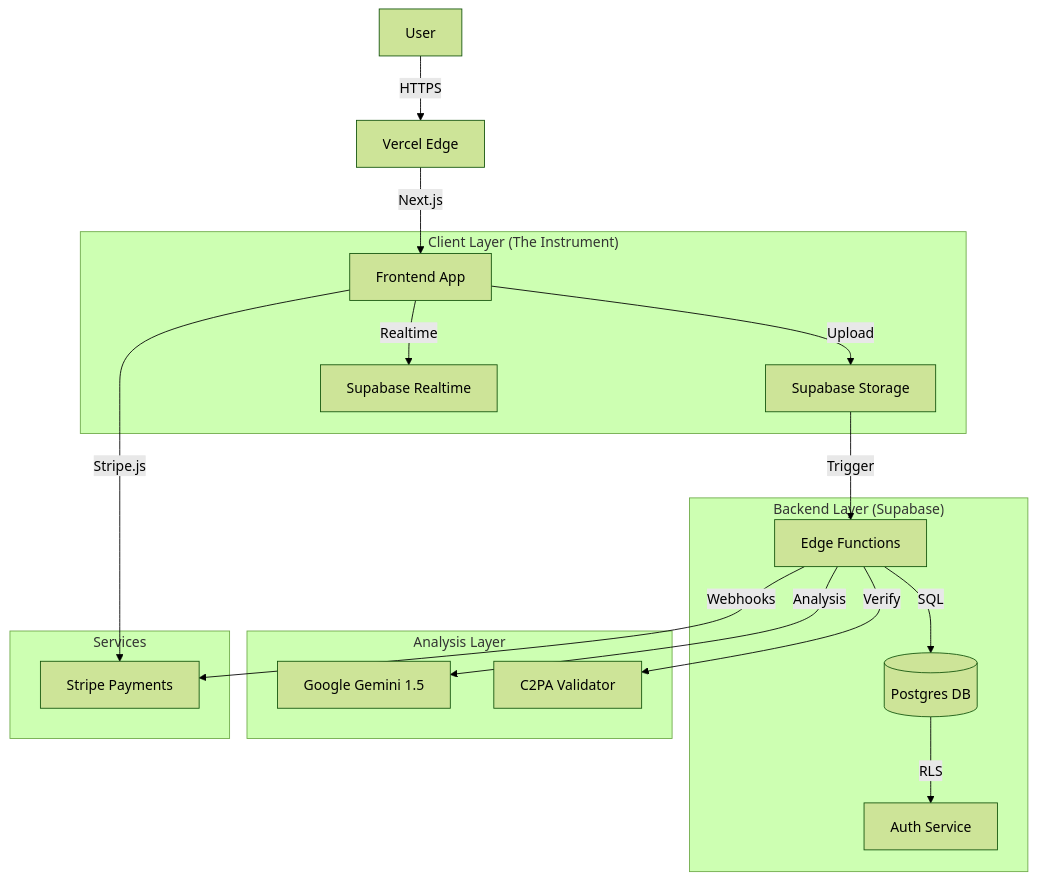
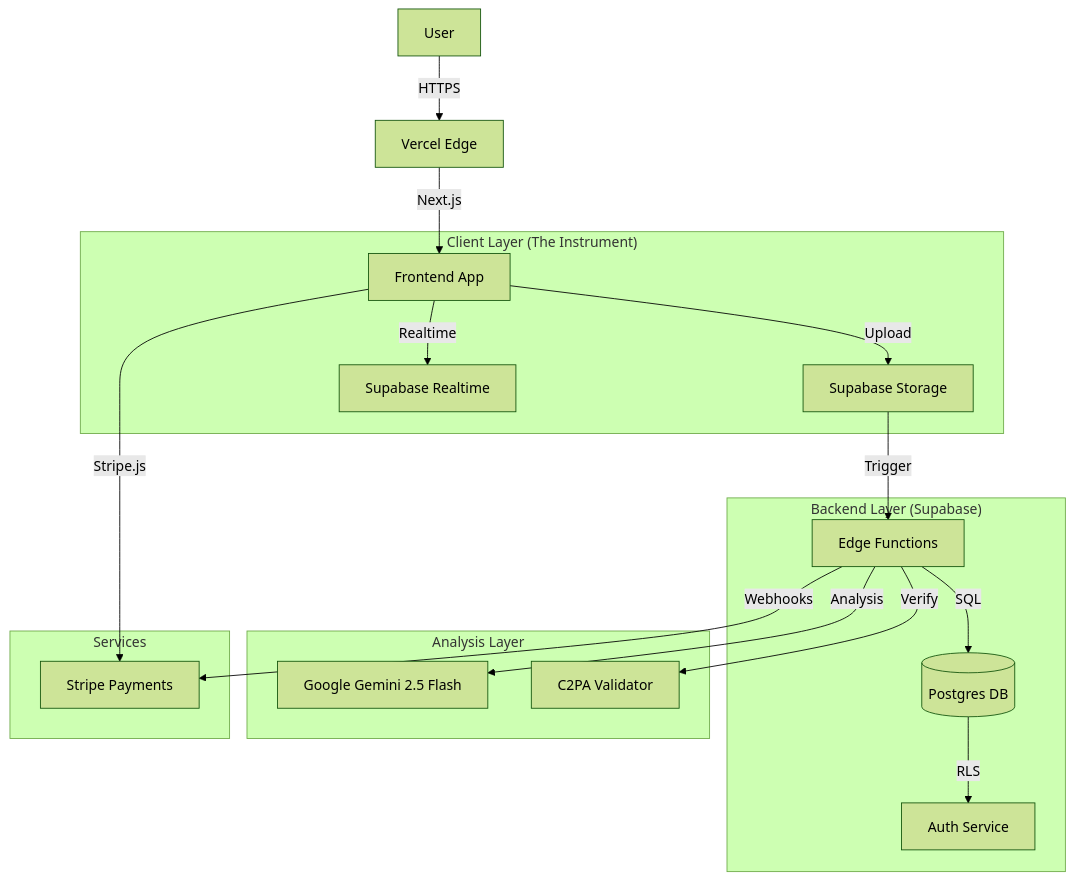
The diagram in ARCHITECTURE.md (Korkidis/ai-risk-shield), drawn with Mermaid (forest theme) before and after one commit. The commit also changed other lines of this file and 41 other files, not shown here.

````diff
--- a/ARCHITECTURE.md
+++ b/ARCHITECTURE.md
@@ -15,26 +15,26 @@
 ```mermaid
 graph TD
     User[User] -->|HTTPS| CDN[Vercel Edge]
     CDN -->|Next.js| App[Frontend App]
     
     subgraph "Client Layer (The Instrument)"
         App -->|Upload| Storage[Supabase Storage]
         App -->|Realtime| Sub[Supabase Realtime]
     end
 
     subgraph "Backend Layer (Supabase)"
         Storage -->|Trigger| Edge[Edge Functions]
         Edge -->|SQL| DB[(Postgres DB)]
         DB -->|RLS| Auth[Auth Service]
     end
 
     subgraph "Analysis Layer"
-        Edge -->|Analysis| Gemini[Google Gemini 1.5]
+        Edge -->|Analysis| Gemini[Google Gemini 2.5 Flash]
         Edge -->|Verify| C2PA[C2PA Validator]
     end
 
     subgraph "Services"
         App -->|Stripe.js| Stripe[Stripe Payments]
         Edge -->|Webhooks| Stripe
     end
 ```
````
